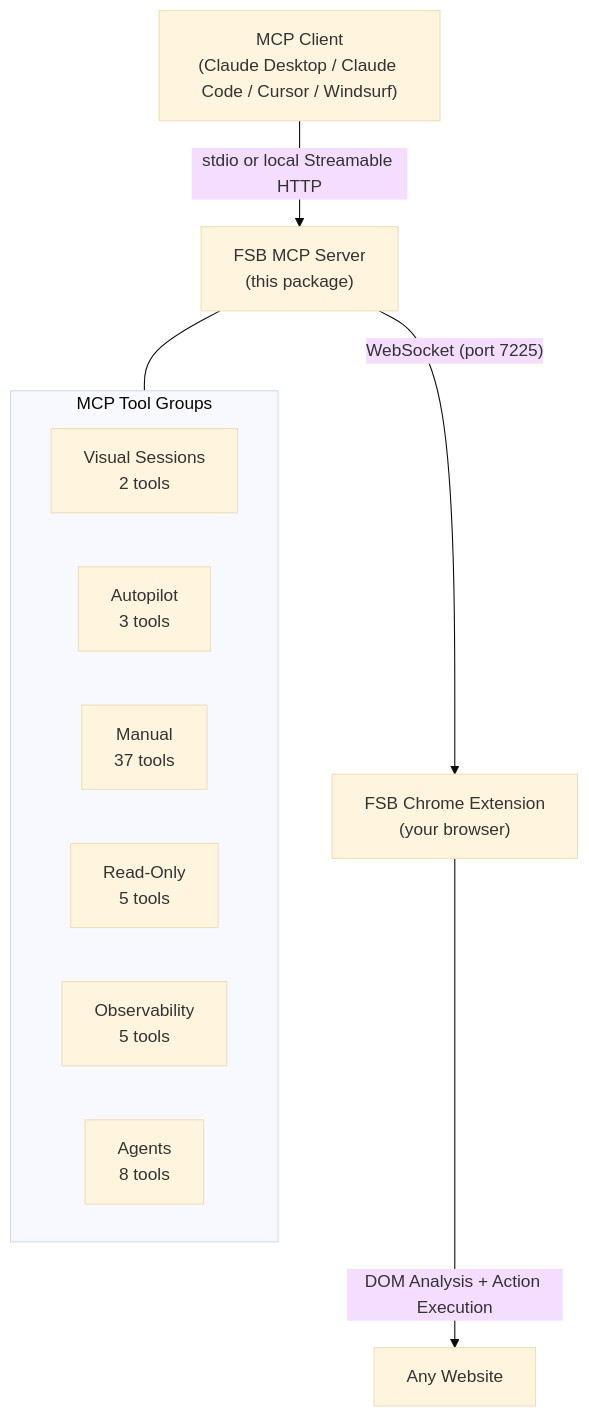
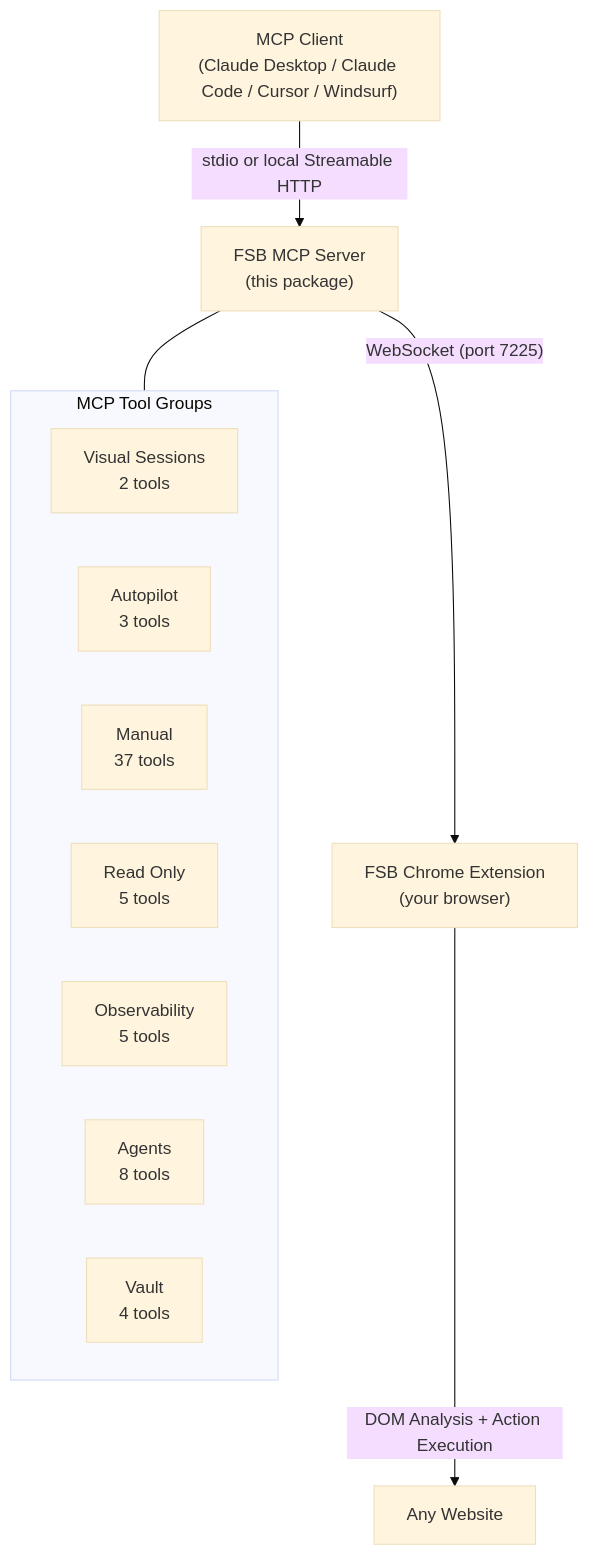
Before and after one commit to LakshmanTurlapati/FSB: the diagram in mcp-server/README.md, drawn with Mermaid (base theme). The commit also changed other lines of this file and 2 other files, not shown here.

````diff
--- a/mcp-server/README.md
+++ b/mcp-server/README.md
@@ -478,18 +498,19 @@
 ```mermaid
 graph TD
     A["MCP Client\n(Claude Desktop / Claude Code / Cursor / Windsurf)"] -->|"stdio or local Streamable HTTP"| B["FSB MCP Server\n(this package)"]
     B -->|"WebSocket (port 7225)"| C["FSB Chrome Extension\n(your browser)"]
     C -->|"DOM Analysis + Action Execution"| D["Any Website"]
 
     subgraph tools ["MCP Tool Groups"]
         direction LR
         T0["Visual Sessions\n2 tools"]
         T1["Autopilot\n3 tools"]
         T2["Manual\n37 tools"]
-        T6["Read-Only\n5 tools"]
+        T6["Read Only\n5 tools"]
         T7["Observability\n5 tools"]
         T8["Agents\n8 tools"]
+        T9["Vault\n4 tools"]
     end
 
     B --- tools
 ```
````
